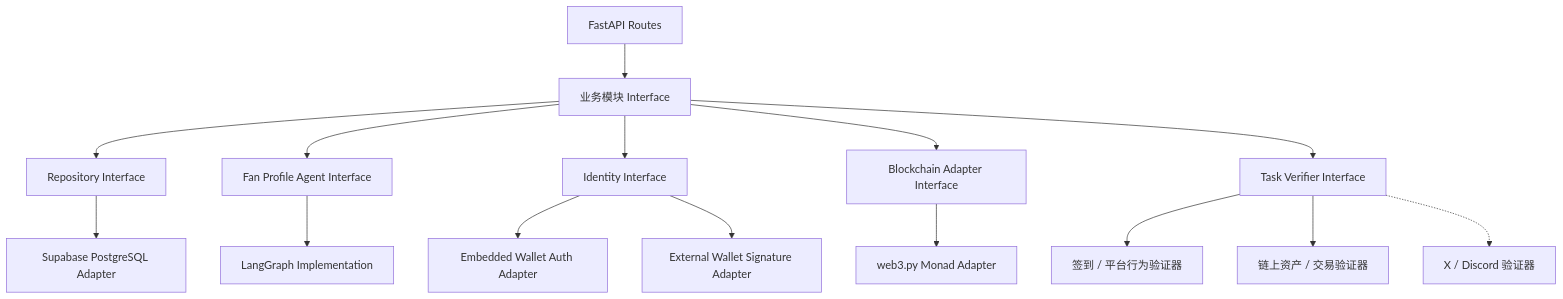
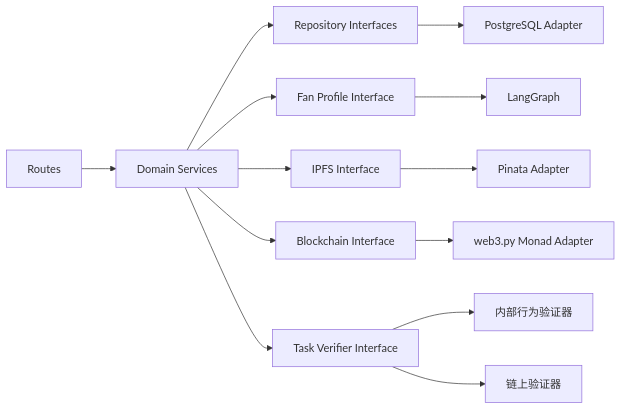
One commit to ouminghai/Fanora changed the second of 5 diagrams in docs/ARCHITECTURE.md. Above: the diagram before and after it, drawn with Mermaid. The commit also changed other lines of this file and 86 other files, not shown here.

````diff
--- a/docs/ARCHITECTURE.md
+++ b/docs/ARCHITECTURE.md
@@ -168,18 +195,16 @@
 ```mermaid
-flowchart TB
-    ROUTES["FastAPI Routes"] --> SERVICES["业务模块 Interface"]
-    SERVICES --> REPOS["Repository Interface"]
-    SERVICES --> PROFILE["Fan Profile Agent Interface"]
-    SERVICES --> IDENTITY["Identity Interface"]
-    SERVICES --> BLOCKCHAIN["Blockchain Adapter Interface"]
-    SERVICES --> VERIFY["Task Verifier Interface"]
+flowchart LR
+    ROUTES["Routes"] --> SERVICES["Domain Services"]
+    SERVICES --> REPOS["Repository Interfaces"]
+    SERVICES --> AGENT_IF["Fan Profile Interface"]
+    SERVICES --> PINATA_IF["IPFS Interface"]
+    SERVICES --> CHAIN_IF["Blockchain Interface"]
+    SERVICES --> VERIFY_IF["Task Verifier Interface"]
 
-    REPOS --> POSTGRES["Supabase PostgreSQL Adapter"]
-    PROFILE --> GRAPH["LangGraph Implementation"]
-    IDENTITY --> EMBEDDED_AUTH["Embedded Wallet Auth Adapter"]
-    IDENTITY --> WALLET_AUTH["External Wallet Signature Adapter"]
-    BLOCKCHAIN --> WEB3["web3.py Monad Adapter"]
-    VERIFY --> INTERNAL["签到 / 平台行为验证器"]
-    VERIFY --> ONCHAIN["链上资产 / 交易验证器"]
-    VERIFY -.-> SOCIAL["X / Discord 验证器"]
+    REPOS --> POSTGRES["PostgreSQL Adapter"]
+    AGENT_IF --> GRAPH["LangGraph"]
+    PINATA_IF --> PINATA["Pinata Adapter"]
+    CHAIN_IF --> MONAD["web3.py Monad Adapter"]
+    VERIFY_IF --> INTERNAL["内部行为验证器"]
+    VERIFY_IF --> ONCHAIN["链上验证器"]
 ```
````
